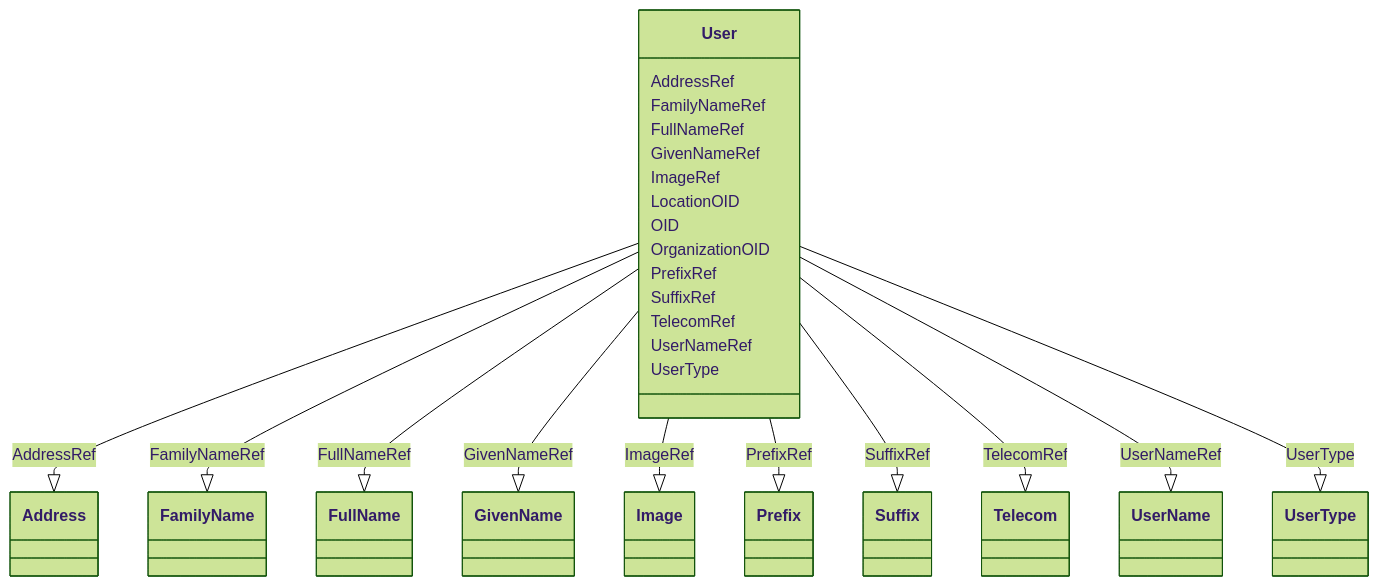
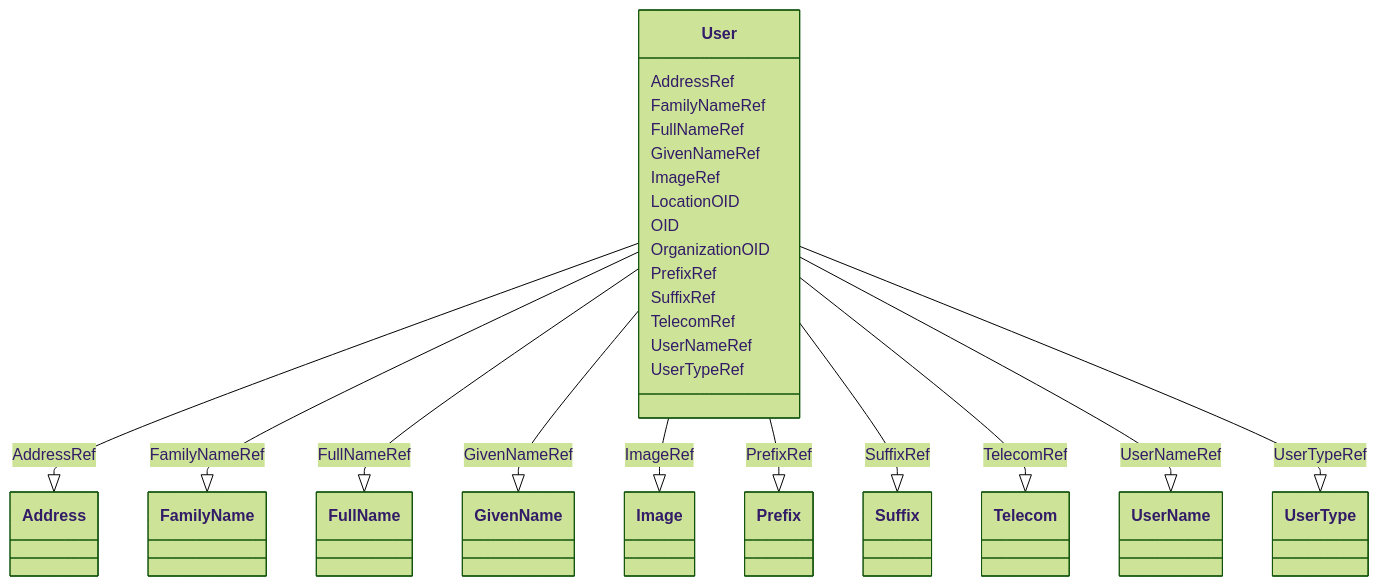
The diagram in docs/User.md (cdisc-org/DataExchange-ODM-LinkML), drawn with Mermaid (forest theme) before and after one commit. The commit also changed other lines of this file and 398 other files, not shown here.

Commit message:
refreshing for latest updates to schema

````diff
--- a/docs/User.md
+++ b/docs/User.md
@@ -9,51 +9,51 @@
 ```mermaid
  classDiagram
     class User
       User : AddressRef
         
           User --|> Address : AddressRef
         
       User : FamilyNameRef
         
           User --|> FamilyName : FamilyNameRef
         
       User : FullNameRef
         
           User --|> FullName : FullNameRef
         
       User : GivenNameRef
         
           User --|> GivenName : GivenNameRef
         
       User : ImageRef
         
           User --|> Image : ImageRef
         
       User : LocationOID
         
       User : OID
         
       User : OrganizationOID
         
       User : PrefixRef
         
           User --|> Prefix : PrefixRef
         
       User : SuffixRef
         
           User --|> Suffix : SuffixRef
         
       User : TelecomRef
         
           User --|> Telecom : TelecomRef
         
       User : UserNameRef
         
           User --|> UserName : UserNameRef
         
-      User : UserType
+      User : UserTypeRef
         
-          User --|> UserType : UserType
+          User --|> UserType : UserTypeRef
         
       
 ```
````
